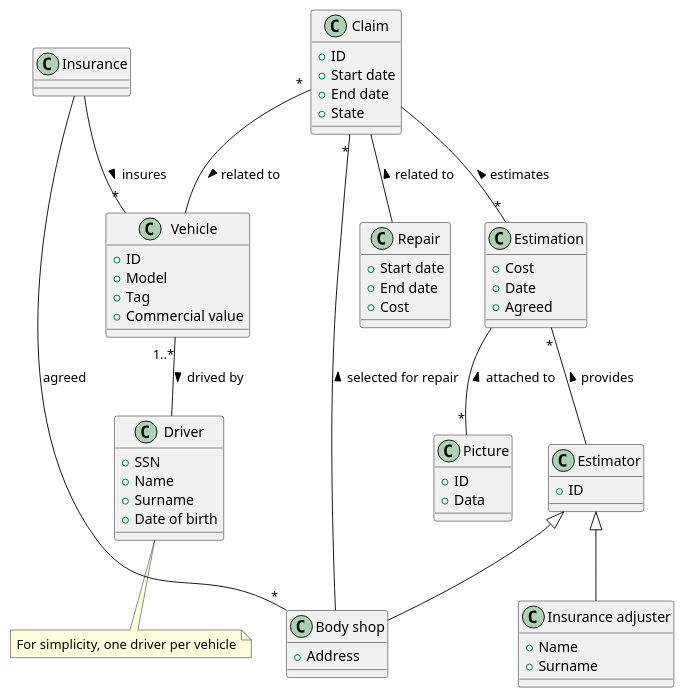
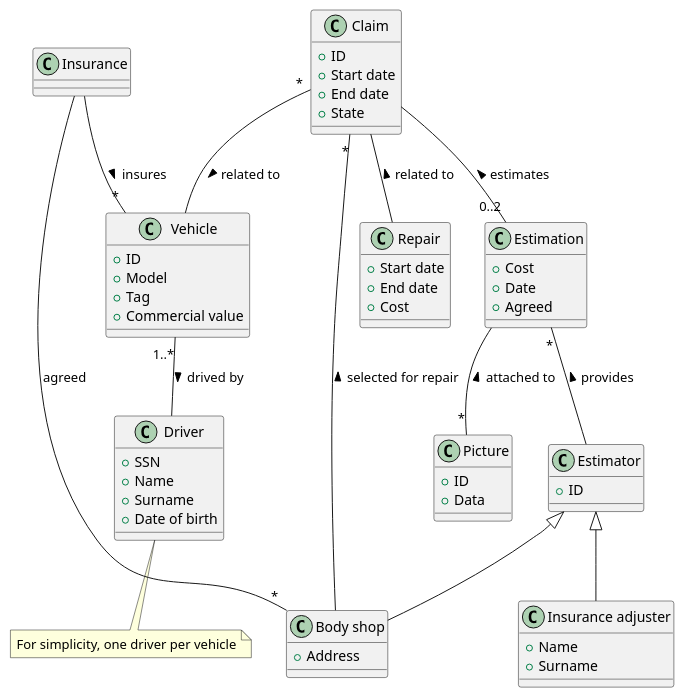
Before and after one commit to franco-ruggeri/polito-information-systems: the diagram in car_damage_repair/models/data.pu, drawn with PlantUML. The commit also changed 2 other files, not shown here.

```diff
--- a/car_damage_repair/models/data.pu
+++ b/car_damage_repair/models/data.pu
@@ -1,62 +1,62 @@
 @startuml
 
 class "Insurance" as I
 class "Body shop" as BS {
 	+Address
 }
 class "Insurance adjuster" as IA {
 	+Name
 	+Surname
 }
 class "Driver" as D {
 	+SSN
 	+Name
 	+Surname
 	+Date of birth
 }
 class "Vehicle" as V {
 	+ID
 	+Model
 	+Tag
 	+Commercial value
 }
 class Estimator {
 	+ID
 }
 class Claim {
 	+ID
 	+Start date
 	+End date
 	+State
 }
 class Estimation {
 	+Cost
 	+Date
 	+Agreed
 }
 class Picture {
 	+ID
 	+Data
 }
 class Repair {
 	+Start date
 	+End date
 	+Cost
 }
 
 I -- "*" BS : agreed
 I -- "*" V : insures >
 V "1..*" -- D : drived by >
 Claim "*" -- V : related to >
 Claim "*" -- BS : selected for repair <
-Claim -- "*" Estimation : estimates <
+Claim -- "0..2" Estimation : estimates <
 Claim -- Repair : related to <
 Estimation -- "*" Picture : attached to <
 Estimation "*" -- Estimator : provides <
 Estimator <|-- BS
 Estimator <|-- IA
 
 note "For simplicity, one driver per vehicle" as N1
 D .. N1
 
 @enduml
```
